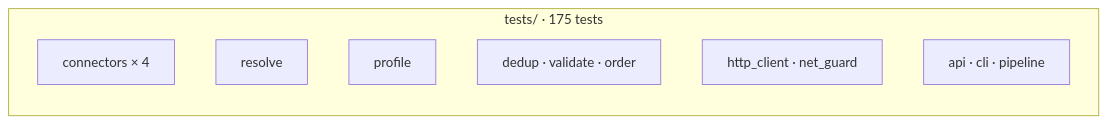
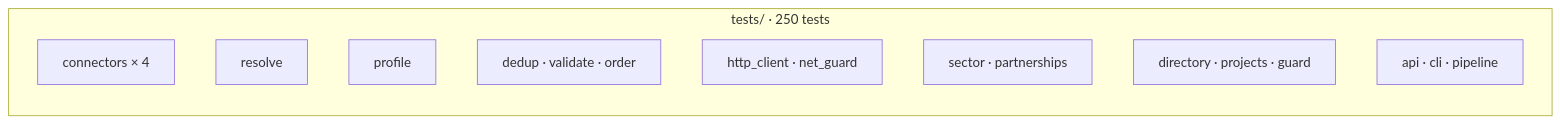
Before and after one commit to AidanColvin/dossier: the ninth of 10 diagrams in README.md, drawn with Mermaid. The commit also changed other lines of this file and 10 other files, not shown here.

````diff
--- a/README.md
+++ b/README.md
@@ -345,11 +365,13 @@
 ```mermaid
 flowchart LR
-    subgraph T["tests/ · 175 tests"]
+    subgraph T["tests/ · 250 tests"]
         C["connectors × 4"]
         R["resolve"]
         P["profile"]
         D["dedup · validate · order"]
         H["http_client · net_guard"]
+        S["sector · partnerships"]
+        DIR["directory · projects · guard"]
         A["api · cli · pipeline"]
     end
 ```
````
